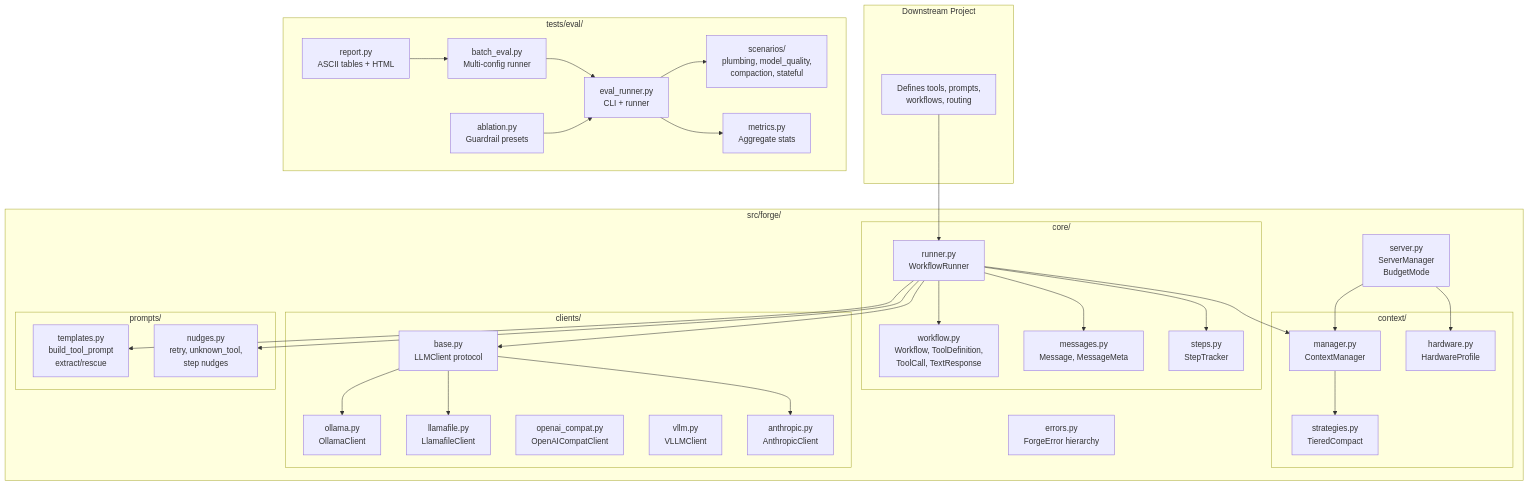
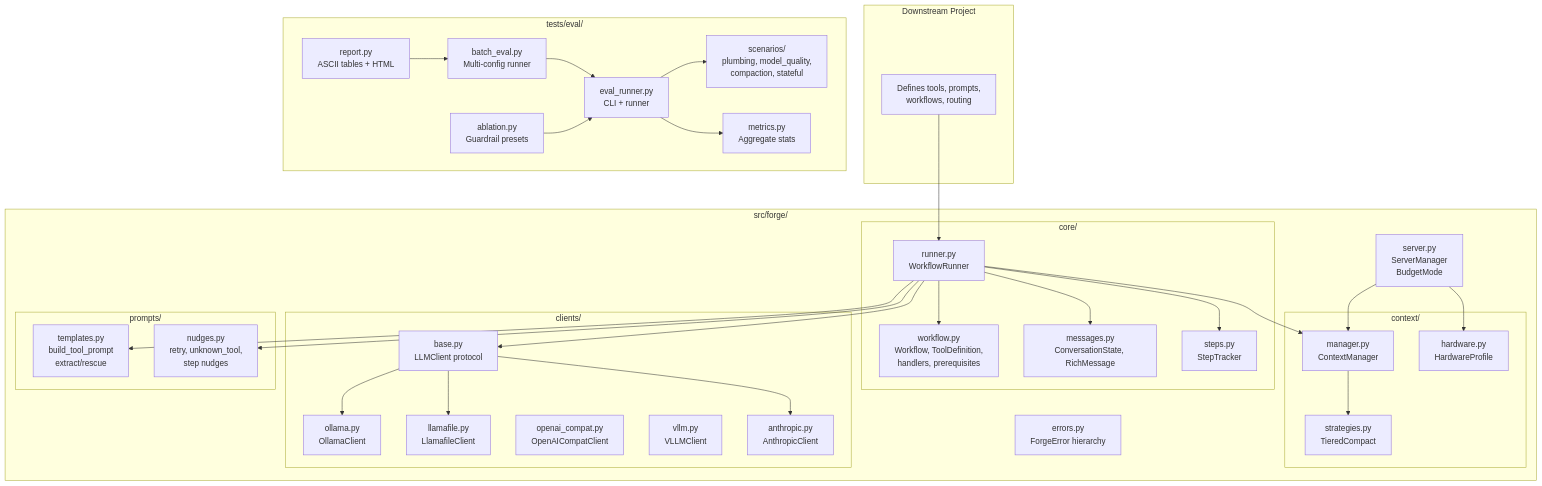
One commit to antoinezambelli/forge changed the seventh of 7 diagrams in docs/WORKFLOW.md. Above: the diagram before and after it, drawn with Mermaid. The commit also changed other lines of this file and 17 other files, not shown here.

Commit message:
cp-canonical-runner-history: use shared rich replies throughout workflow execution

````diff
--- a/docs/WORKFLOW.md
+++ b/docs/WORKFLOW.md
@@ -377,67 +327,67 @@
 ```mermaid
 flowchart TB
     subgraph downstream["Downstream Project"]
         APP["Defines tools, prompts,<br/>workflows, routing"]
     end
 
     subgraph forge["src/forge/"]
         subgraph core["core/"]
             RUNNER["runner.py<br/>WorkflowRunner"]
-            WORKFLOW["workflow.py<br/>Workflow, ToolDefinition,<br/>ToolCall, TextResponse"]
-            MESSAGES["messages.py<br/>Message, MessageMeta"]
+            WORKFLOW["workflow.py<br/>Workflow, ToolDefinition,<br/>handlers, prerequisites"]
+            MESSAGES["messages.py<br/>ConversationState, RichMessage"]
             STEPTRACK["steps.py<br/>StepTracker"]
         end
 
         subgraph context["context/"]
             CTX_MGR["manager.py<br/>ContextManager"]
             STRATS["strategies.py<br/>TieredCompact"]
             HW["hardware.py<br/>HardwareProfile"]
         end
 
         subgraph clients["clients/"]
             BASE["base.py<br/>LLMClient protocol"]
             OLLAMA["ollama.py<br/>OllamaClient"]
             LLAMAFILE["llamafile.py<br/>LlamafileClient"]
             OPENAI_COMPAT["openai_compat.py<br/>OpenAICompatClient"]
             VLLM["vllm.py<br/>VLLMClient"]
             ANTHROPIC["anthropic.py<br/>AnthropicClient"]
         end
 
         subgraph prompts["prompts/"]
             TEMPLATES["templates.py<br/>build_tool_prompt<br/>extract/rescue"]
             NUDGES["nudges.py<br/>retry, unknown_tool,<br/>step nudges"]
         end
 
         SERVER["server.py<br/>ServerManager<br/>BudgetMode"]
         ERRORS["errors.py<br/>ForgeError hierarchy"]
     end
 
     subgraph eval["tests/eval/"]
         SCENARIOS["scenarios/<br/>plumbing, model_quality,<br/>compaction, stateful"]
         EVAL_RUN["eval_runner.py<br/>CLI + runner"]
         METRICS["metrics.py<br/>Aggregate stats"]
         BATCH["batch_eval.py<br/>Multi-config runner"]
         REPORT["report.py<br/>ASCII tables + HTML"]
         ABLATION["ablation.py<br/>Guardrail presets"]
     end
 
     APP --> RUNNER
     RUNNER --> WORKFLOW
     RUNNER --> MESSAGES
     RUNNER --> STEPTRACK
     RUNNER --> CTX_MGR
     RUNNER --> BASE
     RUNNER --> NUDGES
     RUNNER --> TEMPLATES
     CTX_MGR --> STRATS
     SERVER --> HW
     SERVER --> CTX_MGR
     BASE --> OLLAMA
     BASE --> LLAMAFILE
     BASE --> ANTHROPIC
     EVAL_RUN --> SCENARIOS
     EVAL_RUN --> METRICS
     BATCH --> EVAL_RUN
     REPORT --> BATCH
     ABLATION --> EVAL_RUN
 ```
````
